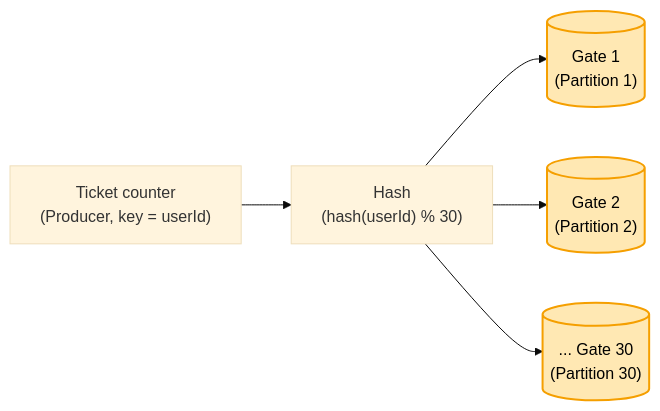
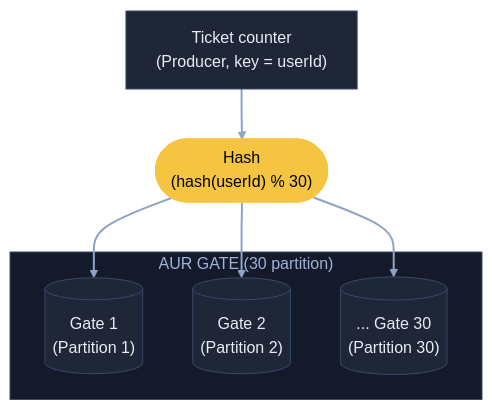
One commit to ArpanMaheshwari144/Prep changed the third of 10 diagrams in 04_HLD/SYSTEM_DESIGNS/12_message_queue_kafka/12_message_queue_kafka.md. Above: the diagram before and after it, drawn with Mermaid (base theme). The commit also changed other lines of this file, not shown here.

Commit message:
Kafka: 10 diagram YouTube (reel) wale card andaaz me

````diff
--- a/04_HLD/SYSTEM_DESIGNS/12_message_queue_kafka/12_message_queue_kafka.md
+++ b/04_HLD/SYSTEM_DESIGNS/12_message_queue_kafka/12_message_queue_kafka.md
@@ -74,10 +95,20 @@
 ```mermaid
-flowchart LR
-    O["Ticket counter<br/>(Producer, key = userId)"] --> H["Hash<br/>(hash(userId) % 30)"]
-    H --> G1[("Gate 1<br/>(Partition 1)")]
-    H --> G2[("Gate 2<br/>(Partition 2)")]
-    H --> GN[("... Gate 30<br/>(Partition 30)")]
-    style G1 fill:#ffe8b3,stroke:#f59f00,stroke-width:2px,color:#000
-    style G2 fill:#ffe8b3,stroke:#f59f00,stroke-width:2px,color:#000
-    style GN fill:#ffe8b3,stroke:#f59f00,stroke-width:2px,color:#000
+flowchart TB
+    O["Ticket counter<br/>(Producer, key = userId)"]:::card
+    H(["Hash<br/>(hash(userId) % 30)"]):::pill
+    subgraph GT["AUR GATE (30 partition)"]
+        G1[("Gate 1<br/>(Partition 1)")]:::card
+        G2[("Gate 2<br/>(Partition 2)")]:::card
+        GN[("... Gate 30<br/>(Partition 30)")]:::card
+    end
+    O --> H
+    H --> G1
+    H --> G2
+    H --> GN
+    linkStyle default stroke:#8fa3c7,stroke-width:2px
+    classDef card fill:#1e2638,stroke:#3a4a6b,color:#e8ecf5
+    classDef pill fill:#f5c542,stroke:#f5c542,color:#000
+    classDef good fill:#2e7d4f,stroke:#3fbf6f,color:#fff
+    classDef bad fill:#5c1f24,stroke:#e05561,color:#fff
+    style GT fill:#141a29,stroke:#3a4a6b,color:#9fb3d9
 ```
````
